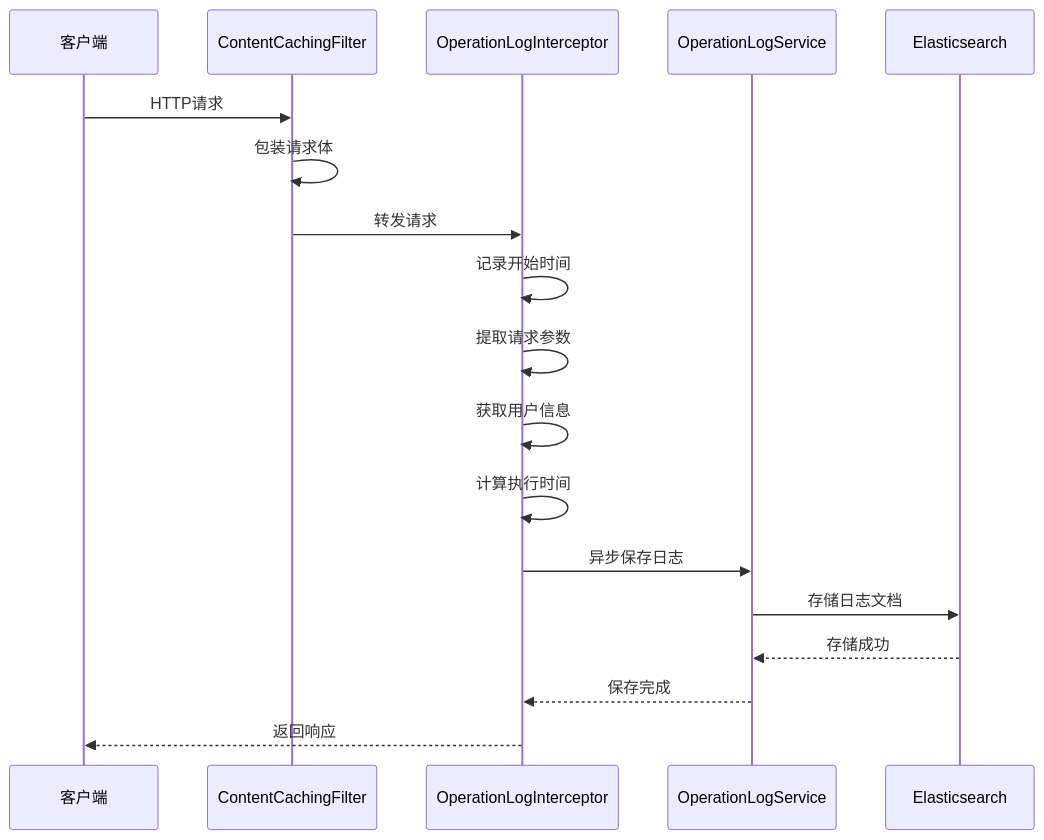
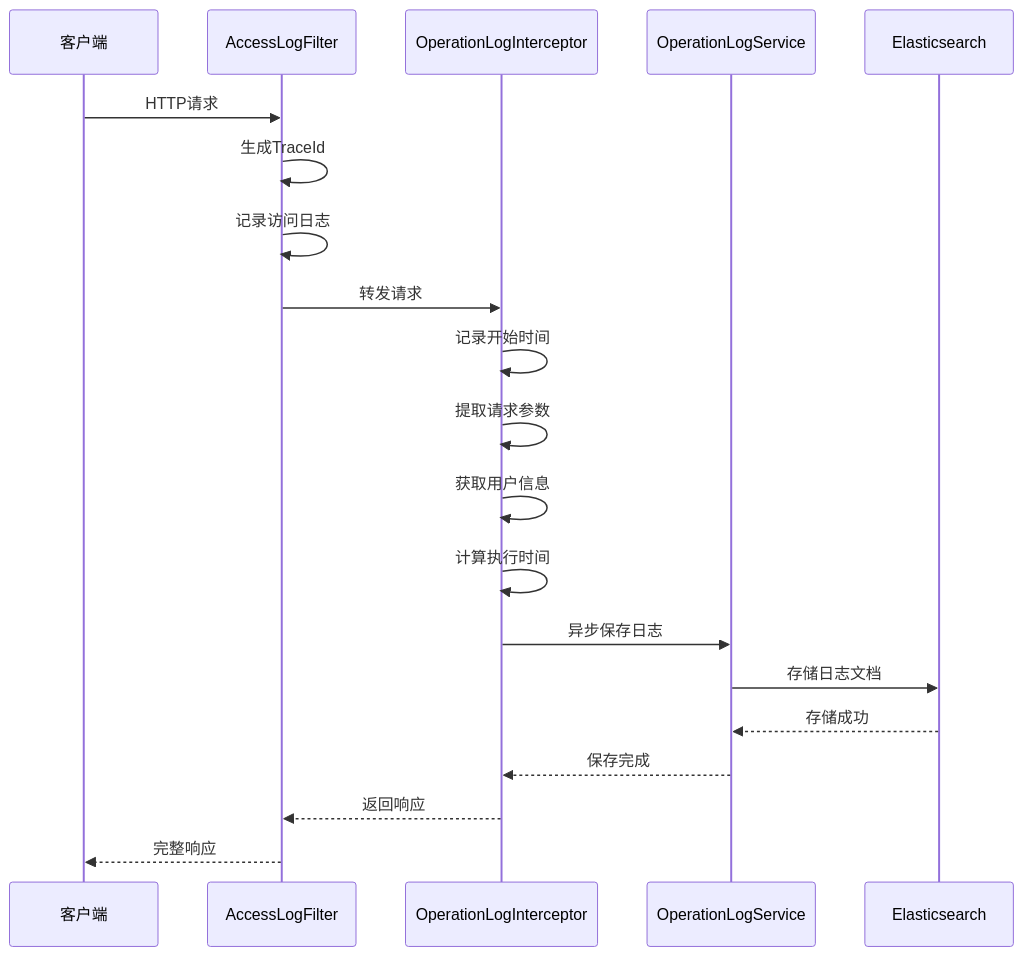
One commit to 20164206160/zhishilu changed the third of 11 diagrams in .qoder/repowiki/zh/content/操作日志系统/操作日志系统.md. Above: the diagram before and after it, drawn with Mermaid. The commit also changed other lines of this file and 28 other files, not shown here.

````diff
--- a/.qoder/repowiki/zh/content/操作日志系统/操作日志系统.md
+++ b/.qoder/repowiki/zh/content/操作日志系统/操作日志系统.md
@@ -151,20 +156,22 @@
 ```mermaid
 sequenceDiagram
 participant Client as 客户端
-participant Filter as ContentCachingFilter
+participant AccessFilter as AccessLogFilter
 participant Interceptor as OperationLogInterceptor
 participant Service as OperationLogService
 participant ES as Elasticsearch
-Client->>Filter : HTTP请求
-Filter->>Filter : 包装请求体
-Filter->>Interceptor : 转发请求
+Client->>AccessFilter : HTTP请求
+AccessFilter->>AccessFilter : 生成TraceId
+AccessFilter->>AccessFilter : 记录访问日志
+AccessFilter->>Interceptor : 转发请求
 Interceptor->>Interceptor : 记录开始时间
 Interceptor->>Interceptor : 提取请求参数
 Interceptor->>Interceptor : 获取用户信息
 Interceptor->>Interceptor : 计算执行时间
 Interceptor->>Service : 异步保存日志
 Service->>ES : 存储日志文档
 ES-->>Service : 存储成功
 Service-->>Interceptor : 保存完成
-Interceptor-->>Client : 返回响应
+Interceptor-->>AccessFilter : 返回响应
+AccessFilter-->>Client : 完整响应
 ```
````
